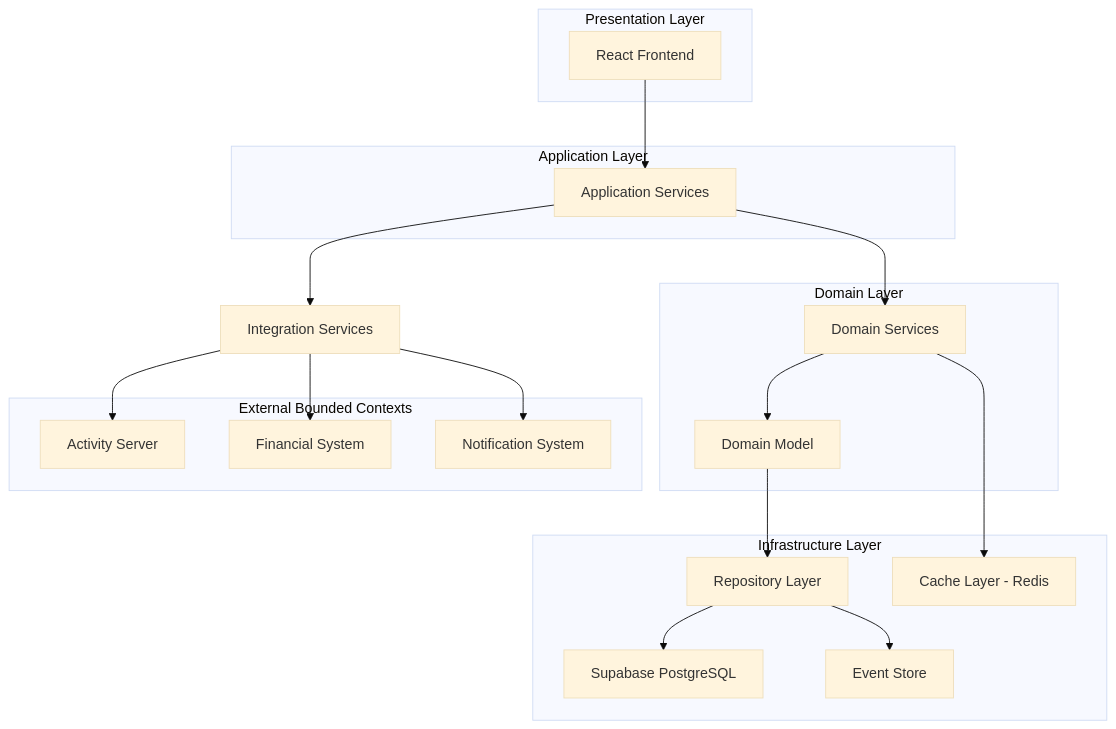
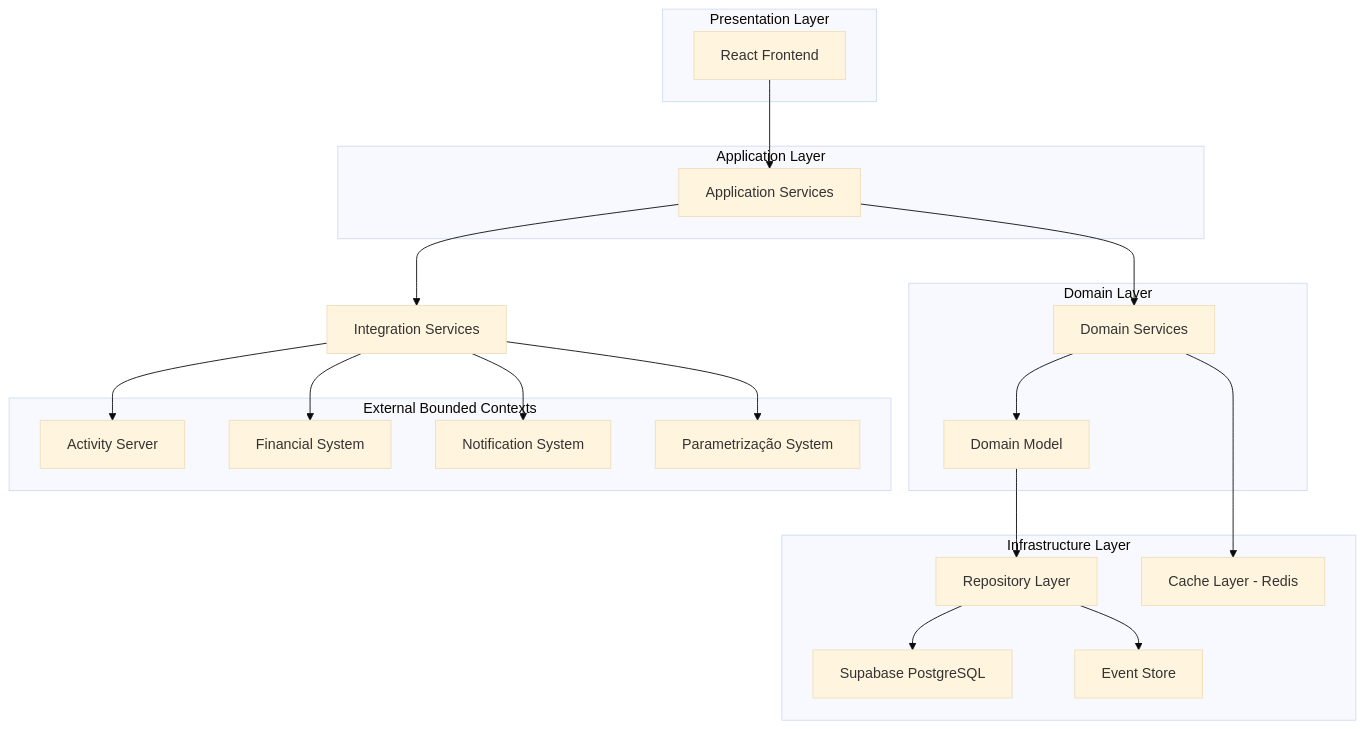
The first of 3 diagrams in .trae/documents/TECH-LIC-Arquitetura-Gestao-Licencas-Emitidas.md (TA-Digital-CV/licenciamento-backend), drawn with Mermaid (base theme) before and after one commit. The commit also changed other lines of this file and 1 other file, not shown here.

````diff
--- a/.trae/documents/TECH-LIC-Arquitetura-Gestao-Licencas-Emitidas.md
+++ b/.trae/documents/TECH-LIC-Arquitetura-Gestao-Licencas-Emitidas.md
@@ -5,42 +7,44 @@
 ```mermaid
 graph TD
     A[React Frontend] --> B[Application Services]
     B --> C[Domain Services]
     C --> D[Domain Model]
     D --> E[Repository Layer]
     E --> F[Supabase PostgreSQL]
     
     B --> G[Integration Services]
     G --> H[Activity Server]
     G --> I[Financial System]
     G --> J[Notification System]
+    G --> K[Parametrização System]
     
-    C --> K[Cache Layer - Redis]
-    E --> L[Event Store]
+    C --> L[Cache Layer - Redis]
+    E --> M[Event Store]
     
     subgraph "Presentation Layer"
         A
     end
     
     subgraph "Application Layer"
         B
     end
     
     subgraph "Domain Layer"
         C
         D
     end
     
     subgraph "Infrastructure Layer"
         E
         F
-        K
         L
+        M
     end
     
     subgraph "External Bounded Contexts"
         H
         I
         J
+        K
     end
 ```
````
